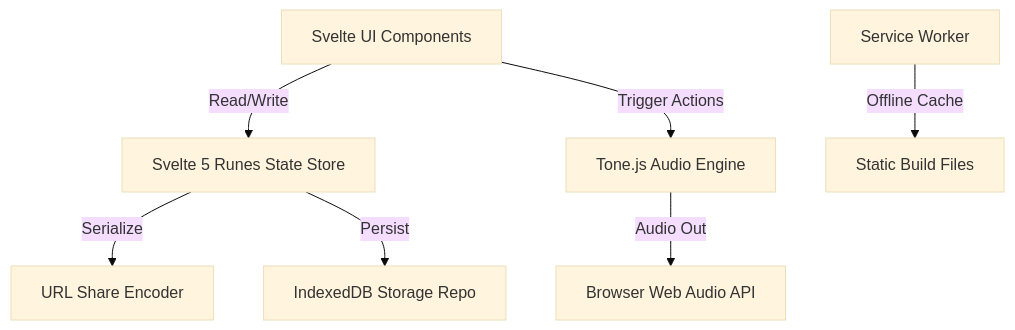
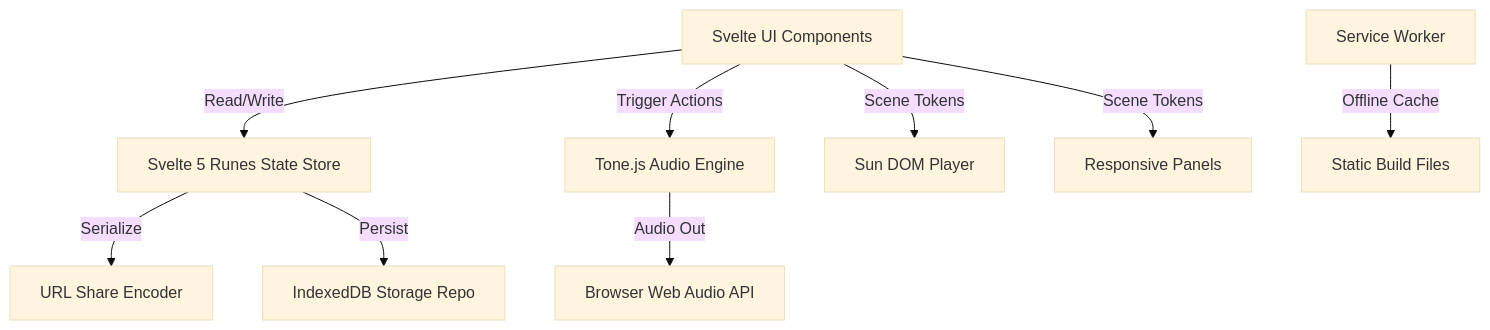
One commit to Shik3i/KoalaFi changed the diagram in docs/ARCHITECTURE.md. Above: the diagram before and after it, drawn with Mermaid (base theme). The commit also changed other lines of this file and 17 other files, not shown here.

Commit message:
Stabilize KoalaFi sun player UI

````diff
--- a/docs/ARCHITECTURE.md
+++ b/docs/ARCHITECTURE.md
@@ -7,9 +7,11 @@
 ```mermaid
 graph TD
   UI[Svelte UI Components] -->|Read/Write| Store[Svelte 5 Runes State Store]
   UI -->|Trigger Actions| Engine[Tone.js Audio Engine]
   Store -->|Serialize| Share[URL Share Encoder]
   Store -->|Persist| DB[IndexedDB Storage Repo]
   Engine -->|Audio Out| WebAudio[Browser Web Audio API]
+  UI -->|Scene Tokens| Player[Sun DOM Player]
+  UI -->|Scene Tokens| Panels[Responsive Panels]
   SW[Service Worker] -->|Offline Cache| Assets[Static Build Files]
 ```
````
